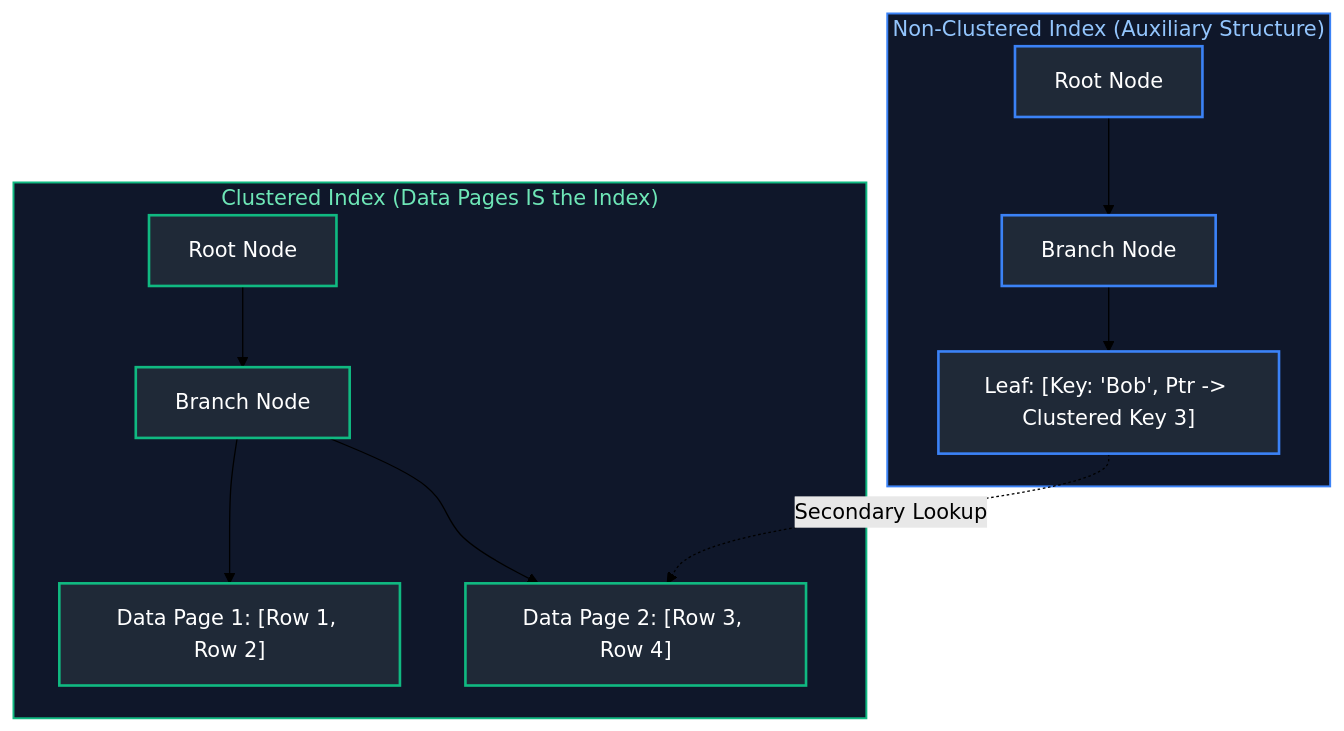
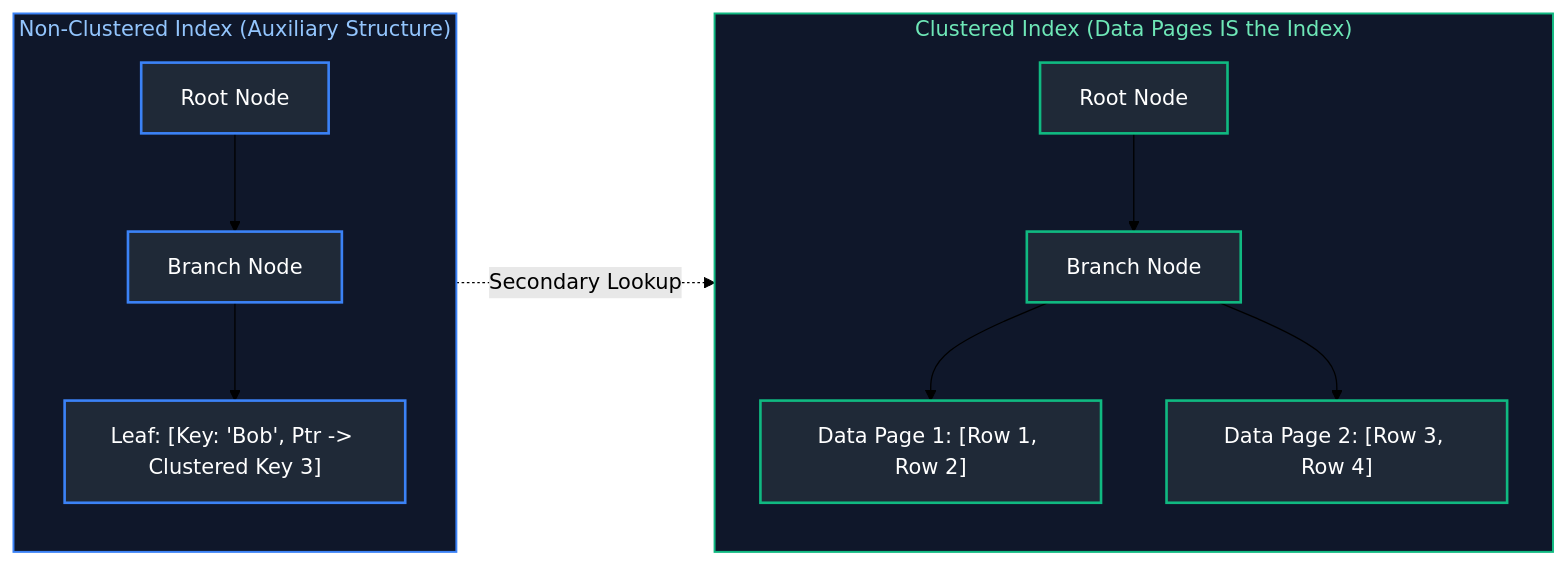
Before and after one commit to joydeep-biswas/Interview-Preparation: diagram 13 of 27 in Data Engineering/04_database_internals_and_performance.md, drawn with Mermaid (forest theme). The commit also changed other lines of this file and 76 other files, not shown here.

Commit message:
Updated Charts

````diff
--- a/Data Engineering/04_database_internals_and_performance.md
+++ b/Data Engineering/04_database_internals_and_performance.md
@@ -828,25 +835,27 @@
 ```mermaid
-flowchart TD
+flowchart LR
     subgraph Clustered ["Clustered Index (Data Pages IS the Index)"]
+        direction TB
         CRoot[Root Node] --> CBranch[Branch Node]
         CBranch --> CLeaf1["Data Page 1: [Row 1, Row 2]"]
         CBranch --> CLeaf2["Data Page 2: [Row 3, Row 4]"]
     end
 
     subgraph NonClustered ["Non-Clustered Index (Auxiliary Structure)"]
+        direction TB
         NCRoot[Root Node] --> NCBranch[Branch Node]
         NCBranch --> NCLeaf["Leaf: [Key: 'Bob', Ptr -> Clustered Key 3]"]
         NCLeaf -.->|Secondary Lookup| CLeaf2
     end
 
     style Clustered fill:#0f172a,stroke:#10b981,stroke-width:1.5px,color:#6ee7b7
     style NonClustered fill:#0f172a,stroke:#3b82f6,stroke-width:1.5px,color:#93c5fd
 
     style CRoot fill:#1f2937,stroke:#10b981,stroke-width:2px,color:#fff
     style CBranch fill:#1f2937,stroke:#10b981,stroke-width:2px,color:#fff
     style CLeaf1 fill:#1f2937,stroke:#10b981,stroke-width:2px,color:#fff
     style CLeaf2 fill:#1f2937,stroke:#10b981,stroke-width:2px,color:#fff
     style NCRoot fill:#1f2937,stroke:#3b82f6,stroke-width:2px,color:#fff
     style NCBranch fill:#1f2937,stroke:#3b82f6,stroke-width:2px,color:#fff
     style NCLeaf fill:#1f2937,stroke:#3b82f6,stroke-width:2px,color:#fff
 ```
````
